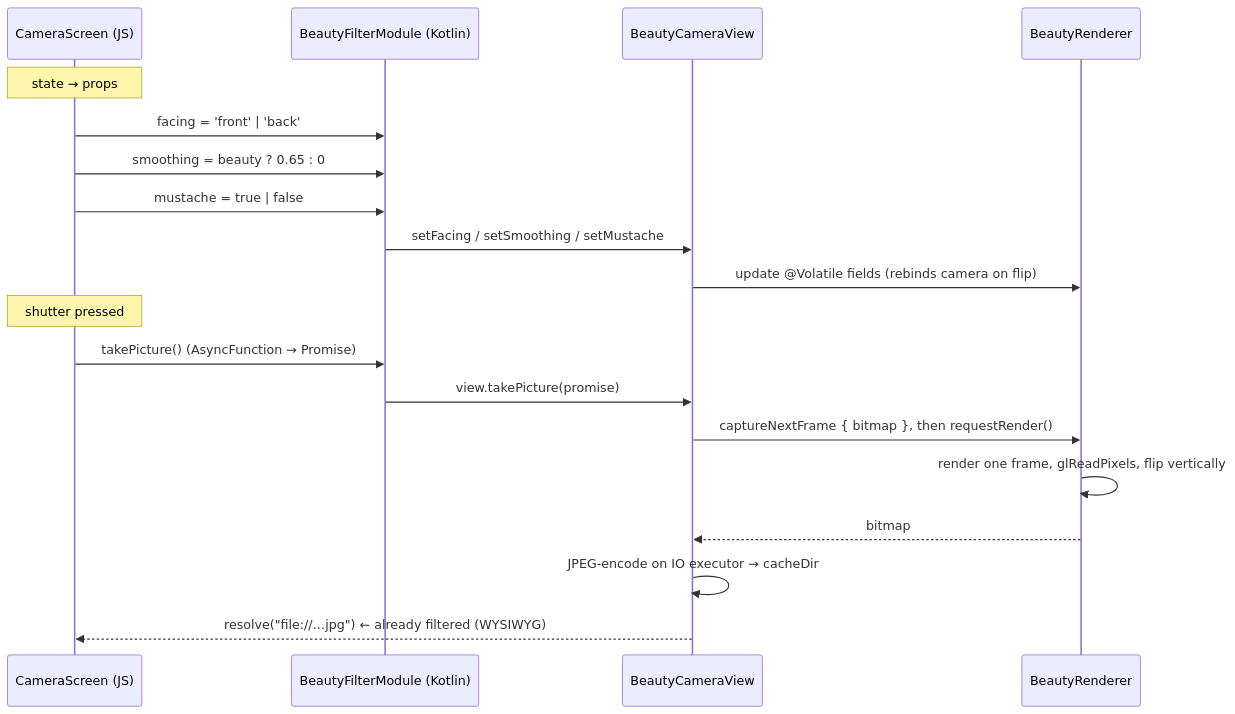
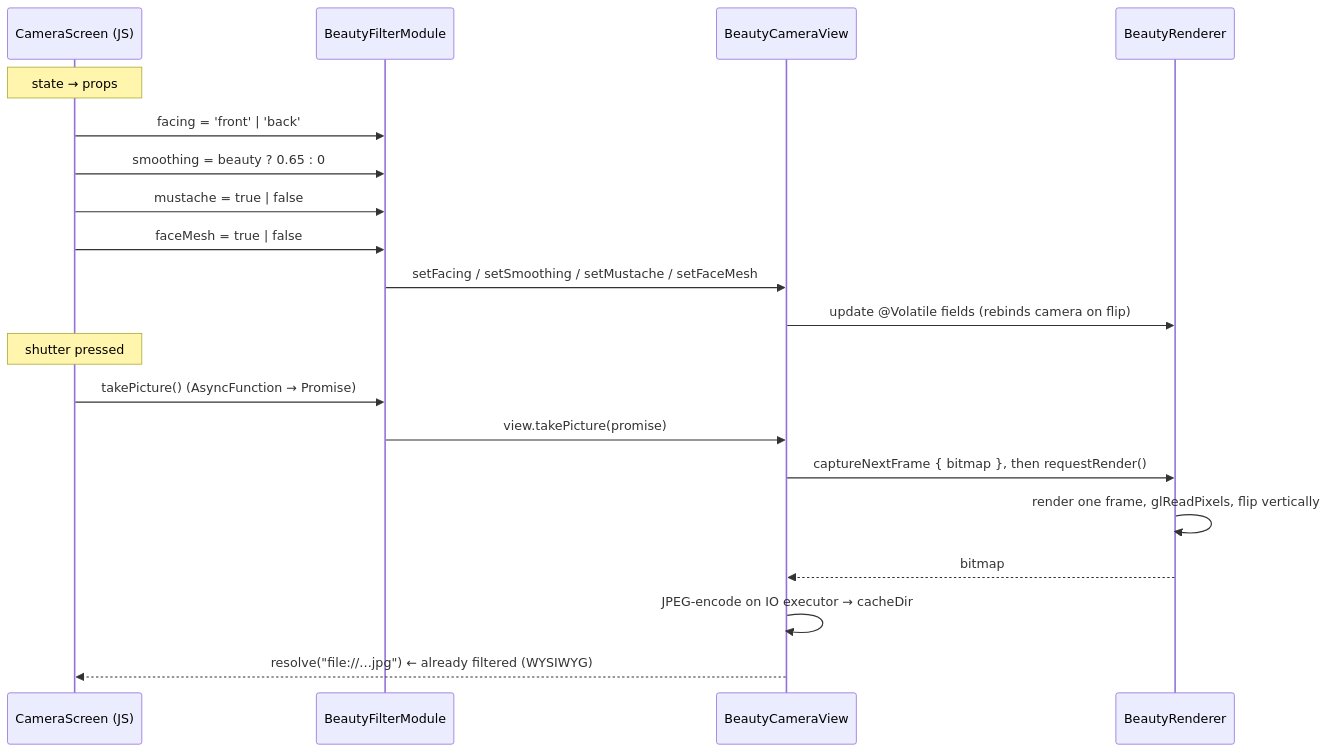
Before and after one commit to abdurahmon27/filter-cam: the fifth of 5 diagrams in docs/ARCHITECTURE.md, drawn with Mermaid. The commit also changed other lines of this file and 22 other files, not shown here.

First line of the commit message:
Add beauty filter rendering components

````diff
--- a/docs/ARCHITECTURE.md
+++ b/docs/ARCHITECTURE.md
@@ -173,23 +223,24 @@
 ```mermaid
 sequenceDiagram
     participant JS as CameraScreen (JS)
-    participant M as BeautyFilterModule (Kotlin)
+    participant M as BeautyFilterModule
     participant V as BeautyCameraView
     participant R as BeautyRenderer
 
     Note over JS: state → props
     JS->>M: facing = 'front' | 'back'
     JS->>M: smoothing = beauty ? 0.65 : 0
     JS->>M: mustache = true | false
-    M->>V: setFacing / setSmoothing / setMustache
+    JS->>M: faceMesh = true | false
+    M->>V: setFacing / setSmoothing / setMustache / setFaceMesh
     V->>R: update @Volatile fields (rebinds camera on flip)
 
     Note over JS: shutter pressed
     JS->>M: takePicture() (AsyncFunction → Promise)
     M->>V: view.takePicture(promise)
     V->>R: captureNextFrame { bitmap }, then requestRender()
     R->>R: render one frame, glReadPixels, flip vertically
     R-->>V: bitmap
     V->>V: JPEG-encode on IO executor → cacheDir
     V-->>JS: resolve("file://…jpg")  ← already filtered (WYSIWYG)
 ```
````
